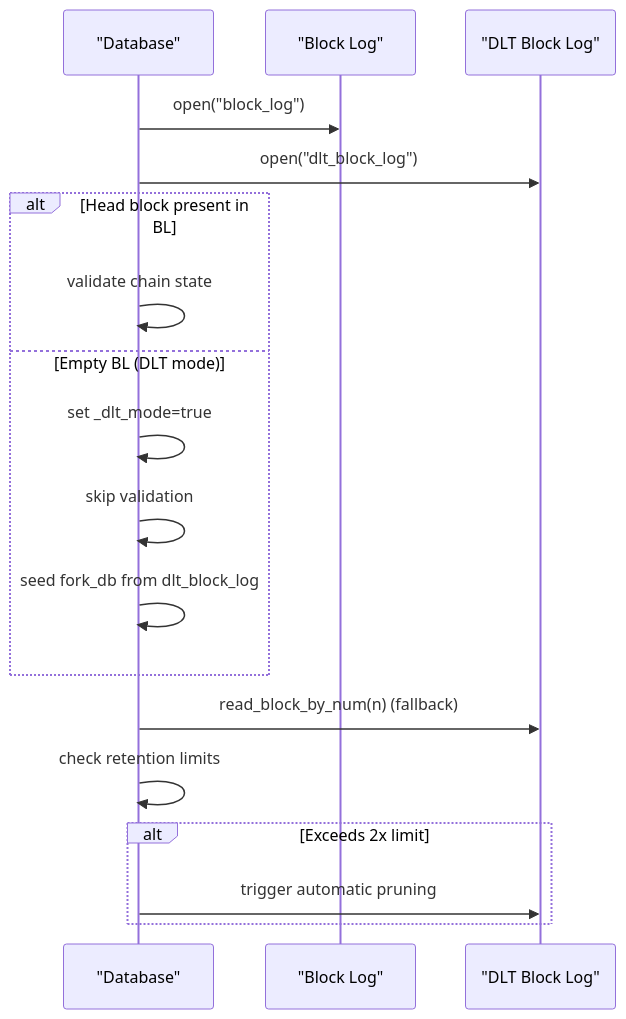
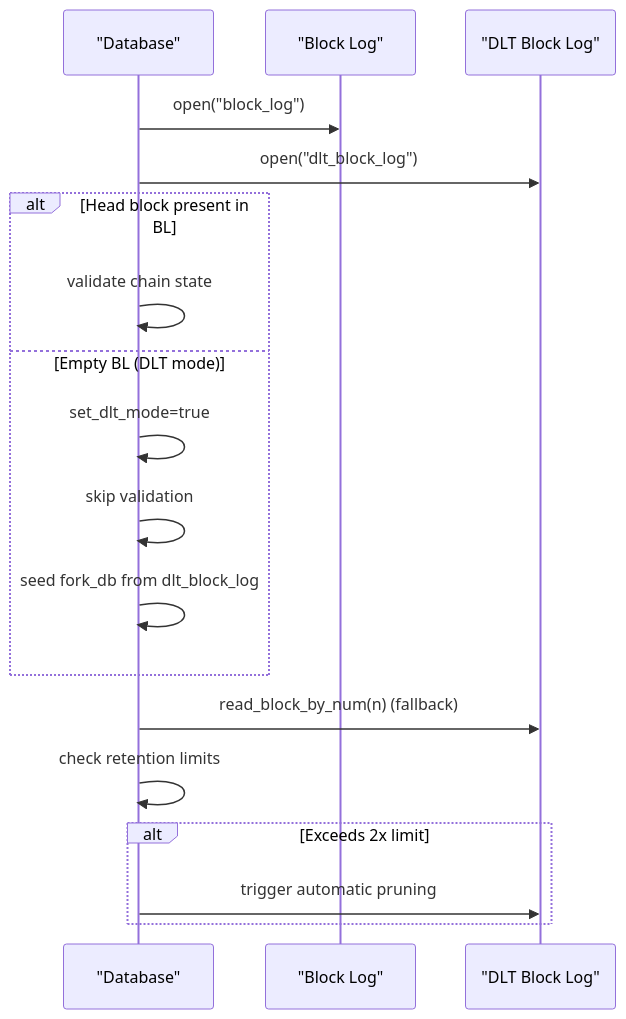
Before and after one commit to VIZ-Blockchain/viz-cpp-node: the seventh of 15 diagrams in .qoder/repowiki/en/content/Architecture Overview/Core Libraries/Chain Library/Database Management/DLT Rolling Block Log.md, drawn with Mermaid. The commit also changed other lines of this file and 5 other files, not shown here.

````diff
--- a/.qoder/repowiki/en/content/Architecture Overview/Core Libraries/Chain Library/Database Management/DLT Rolling Block Log.md
+++ b/.qoder/repowiki/en/content/Architecture Overview/Core Libraries/Chain Library/Database Management/DLT Rolling Block Log.md
@@ -316,20 +320,20 @@
 ```mermaid
 sequenceDiagram
 participant DB as "Database"
 participant BL as "Block Log"
 participant DLT as "DLT Block Log"
 DB->>BL : open("block_log")
 DB->>DLT : open("dlt_block_log")
 alt Head block present in BL
 DB->>DB : validate chain state
 else Empty BL (DLT mode)
-DB->>DB : set _dlt_mode=true
+DB->>DB : set_dlt_mode=true
 DB->>DB : skip validation
 DB->>DB : seed fork_db from dlt_block_log
 end
 DB->>DLT : read_block_by_num(n) (fallback)
 DB->>DB : check retention limits
 alt Exceeds 2x limit
 DB->>DLT : trigger automatic pruning
 end
 ```
````
